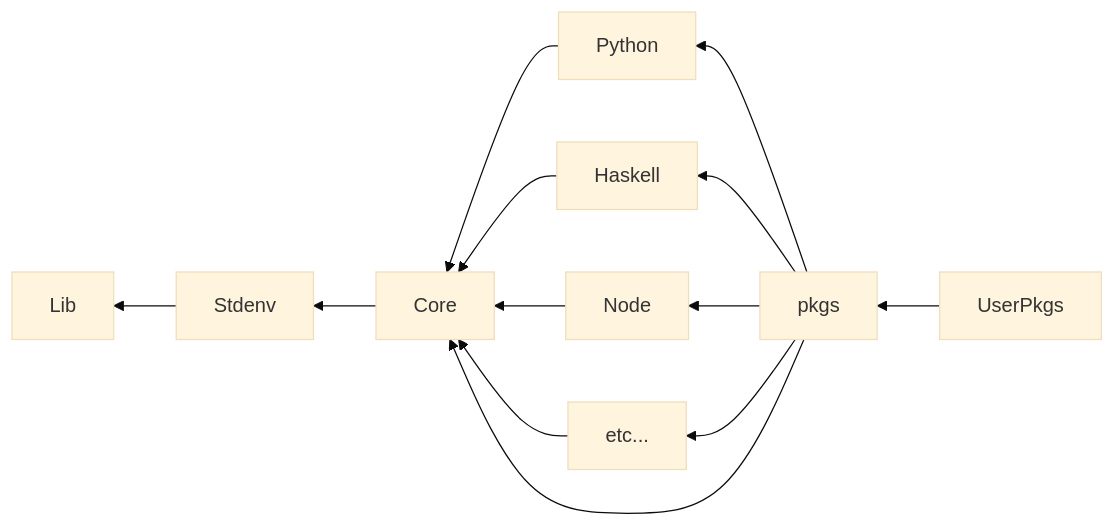
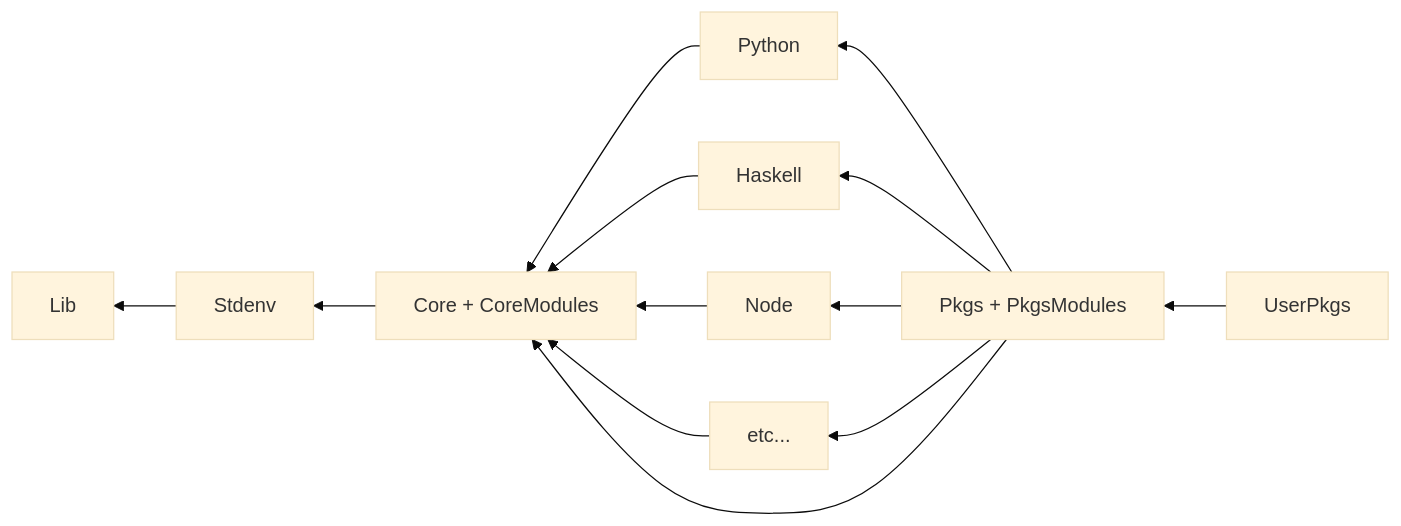
One commit to jonringer/poly-repo-roadmap changed the diagram in README.md. Above: the diagram before and after it, drawn with Mermaid (base theme). The commit also changed other lines of this file, not shown here.

````diff
--- a/README.md
+++ b/README.md
@@ -20,15 +20,17 @@
 ```mermaid
 flowchart RL
+    pkgs["Pkgs + PkgsModules"]
+    Core["Core + CoreModules"]
     Stdenv --> Lib
     Core --> Stdenv
     Python --> Core
     Haskell --> Core
     Node --> Core
     etc... --> Core
     pkgs --> Core
     pkgs --> Python
     pkgs --> Haskell
     pkgs --> Node
     pkgs --> etc...
     UserPkgs --> pkgs
 ```
````
